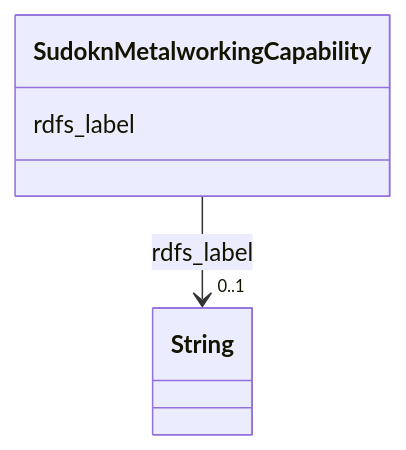
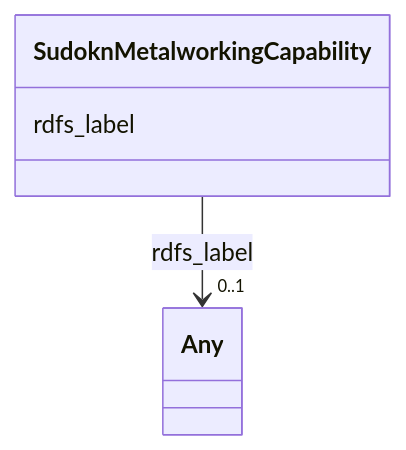
The diagram in sudokn-kg/classes/SudoknMetalworkingCapability.md (frink-okn/graph-descriptions), drawn with Mermaid before and after one commit. The commit also changed other lines of this file and 903 other files, not shown here.

````diff
--- a/sudokn-kg/classes/SudoknMetalworkingCapability.md
+++ b/sudokn-kg/classes/SudoknMetalworkingCapability.md
@@ -23,15 +18,15 @@
 ```mermaid
  classDiagram
     class SudoknMetalworkingCapability
     click SudoknMetalworkingCapability href "../SudoknMetalworkingCapability"
       SudoknMetalworkingCapability : rdfs_label
         
           
     
     
-    SudoknMetalworkingCapability --> "0..1" String : rdfs_label
-    click String href "../String"
+    SudoknMetalworkingCapability --> "0..1" Any : rdfs_label
+    click Any href "../Any"
 
         
       
 ```
````
